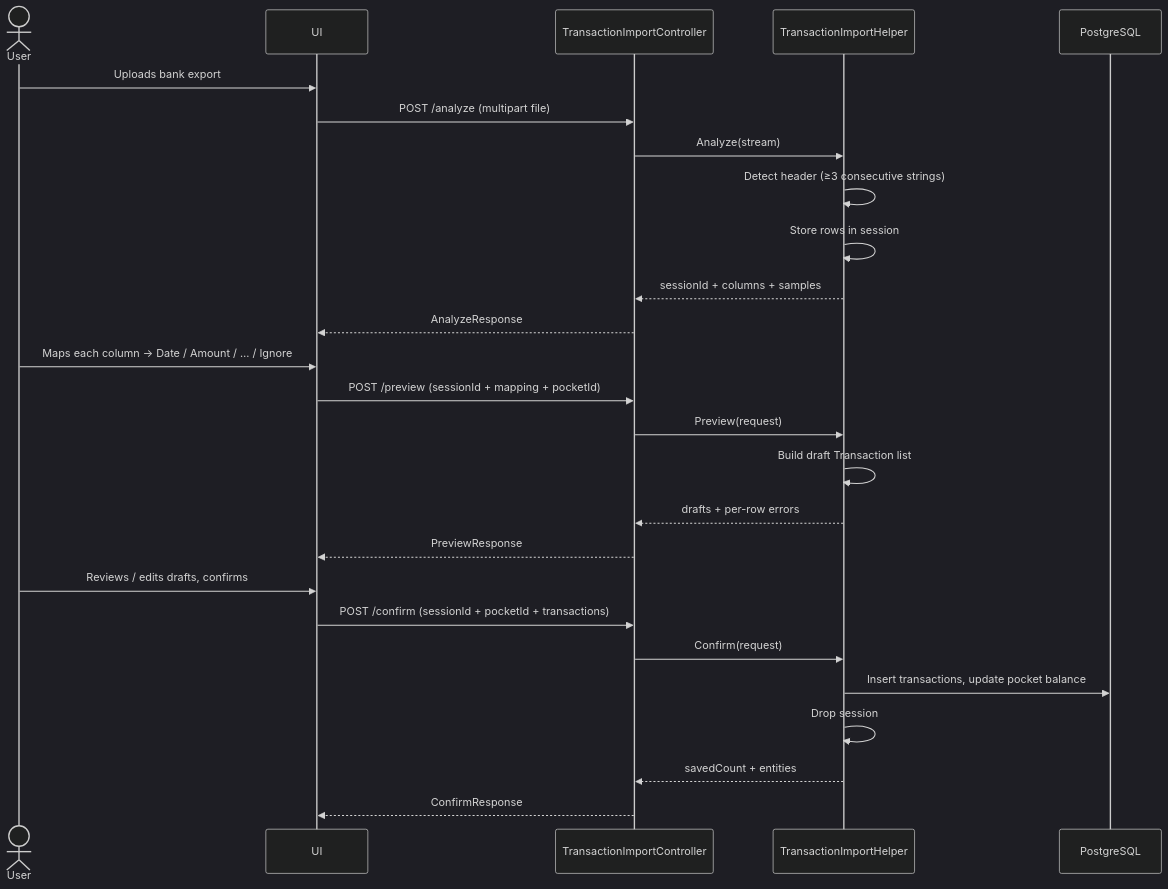
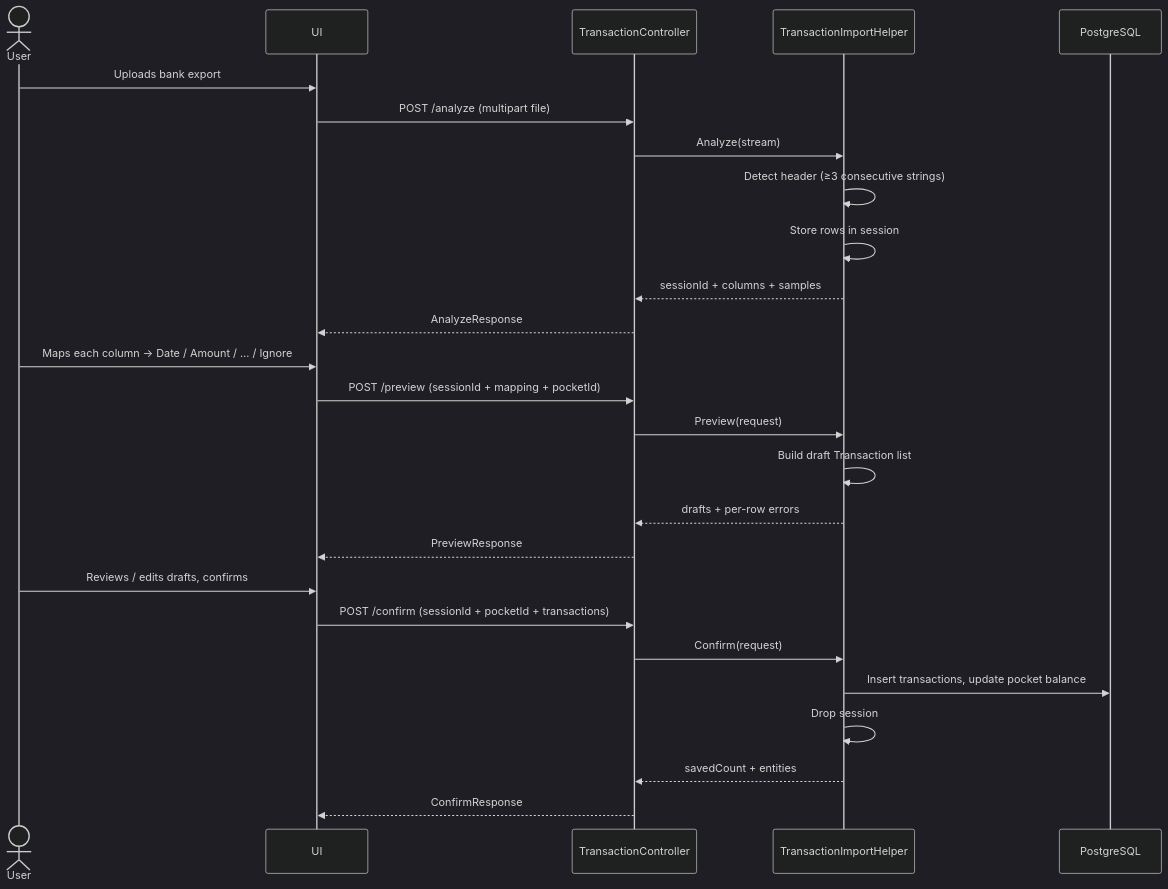
Before and after one commit to NotThaDev/KeepItSimple: the second of 6 diagrams in backend/KeepItSimple.Api/TransactionImportFlow.md, drawn with Mermaid (dark theme). The commit also changed 8 other files, not shown here.

Commit message:
Refactor transaction import functionality: merged TransactionImportController into TransactionController, updated API routes, and enhanced import process with analyze, preview, and confirm endpoints. Updated documentation to reflect changes and improved error handling for file uploads.

````diff
--- a/backend/KeepItSimple.Api/TransactionImportFlow.md
+++ b/backend/KeepItSimple.Api/TransactionImportFlow.md
@@ -26,31 +26,31 @@
 ```mermaid
 sequenceDiagram
   actor User
   participant UI
-  participant API as TransactionImportController
+  participant API as TransactionController
   participant Helper as TransactionImportHelper
   participant DB as PostgreSQL
 
   User->>UI: Uploads bank export
   UI->>API: POST /analyze (multipart file)
   API->>Helper: Analyze(stream)
   Helper->>Helper: Detect header (≥3 consecutive strings)
   Helper->>Helper: Store rows in session
   Helper-->>API: sessionId + columns + samples
   API-->>UI: AnalyzeResponse
 
   User->>UI: Maps each column → Date / Amount / … / Ignore
   UI->>API: POST /preview (sessionId + mapping + pocketId)
   API->>Helper: Preview(request)
   Helper->>Helper: Build draft Transaction list
   Helper-->>API: drafts + per-row errors
   API-->>UI: PreviewResponse
 
   User->>UI: Reviews / edits drafts, confirms
   UI->>API: POST /confirm (sessionId + pocketId + transactions)
   API->>Helper: Confirm(request)
   Helper->>DB: Insert transactions, update pocket balance
   Helper->>Helper: Drop session
   Helper-->>API: savedCount + entities
   API-->>UI: ConfirmResponse
 ```
````
